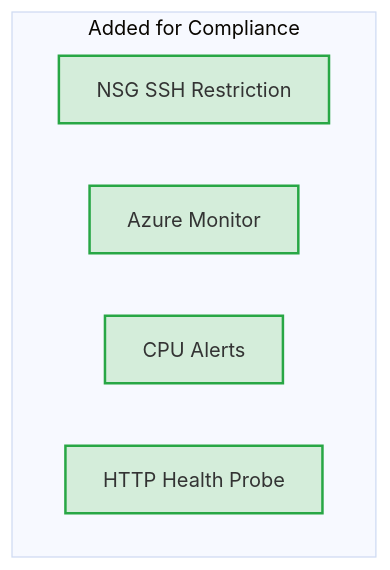
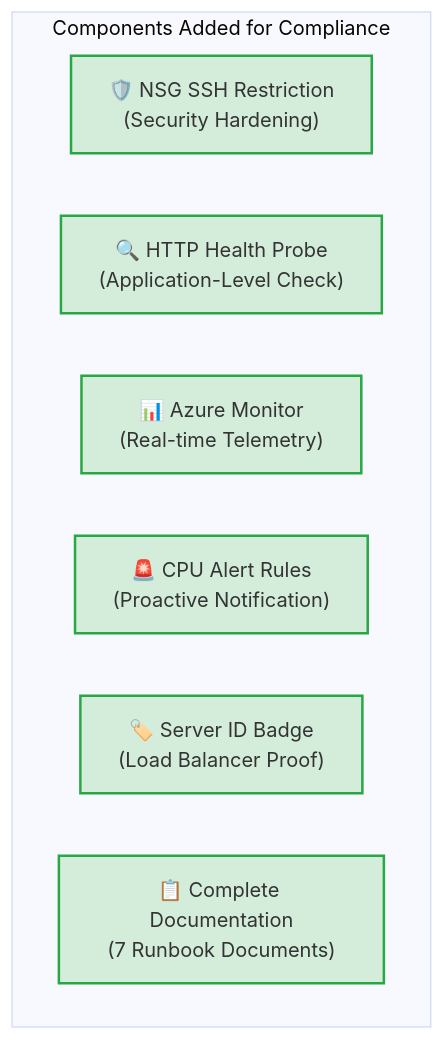
One commit to adamyudhistiramuhtar-byte/SistrackV2 changed the fourth of 4 diagrams in docs/Final_Compliance_Report.md. Above: the diagram before and after it, drawn with Mermaid (base theme). The commit also changed other lines of this file and 15 other files, not shown here.

Commit message:
docs: overhaul project documentation with comprehensive cloud architecture guides and professionalize README content

````diff
--- a/docs/Final_Compliance_Report.md
+++ b/docs/Final_Compliance_Report.md
@@ -89,10 +207,12 @@
 ```mermaid
 graph TD
-    subgraph Added for Compliance
-        NSG[NSG SSH Restriction]:::added
-        Monitor[Azure Monitor]:::added
-        Alerts[CPU Alerts]:::added
-        Probe[HTTP Health Probe]:::added
+    subgraph "Components Added for Compliance"
+        NSG["🛡️ NSG SSH Restriction<br/>(Security Hardening)"]:::added
+        Probe["🔍 HTTP Health Probe<br/>(Application-Level Check)"]:::added
+        Monitor["📊 Azure Monitor<br/>(Real-time Telemetry)"]:::added
+        Alerts["🚨 CPU Alert Rules<br/>(Proactive Notification)"]:::added
+        Badge["🏷️ Server ID Badge<br/>(Load Balancer Proof)"]:::added
+        Docs["📋 Complete Documentation<br/>(7 Runbook Documents)"]:::added
     end
     classDef added fill:#d4edda,stroke:#28a745,stroke-width:2px;
 ```
````
